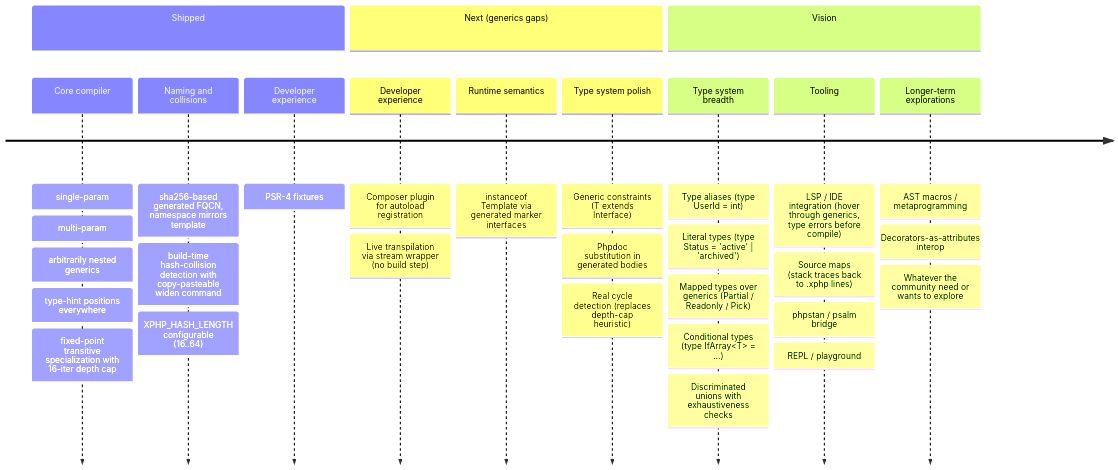
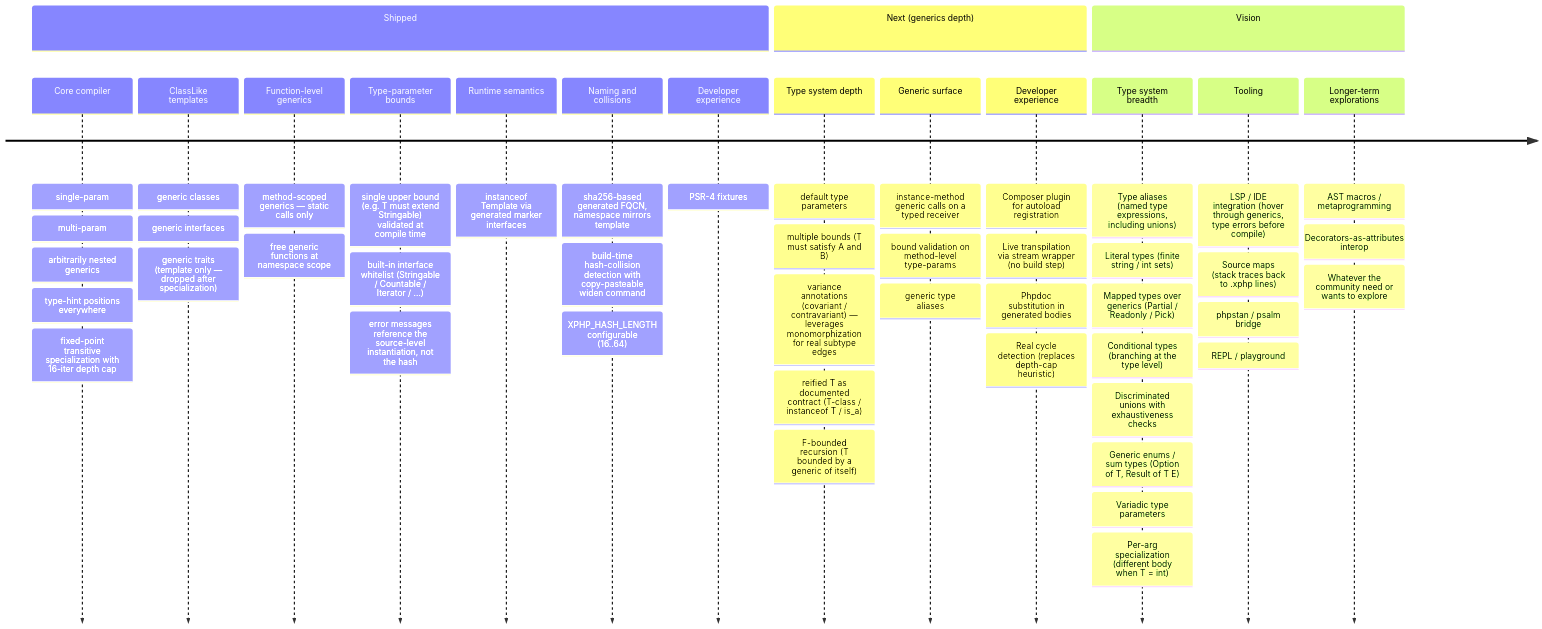
The diagram in docs/roadmap.md (xphp-lang/xphp), drawn with Mermaid before and after one commit. The commit also changed other lines of this file and 3 other files, not shown here.

First line of the commit message:
docs: add cross-language generics comparison and refresh roadmap

````diff
--- a/docs/roadmap.md
+++ b/docs/roadmap.md
@@ -3,42 +6,64 @@
 ```mermaid
 timeline
     section Shipped
         Core compiler
                 : single-param
                 : multi-param
                 : arbitrarily nested generics
                 : type-hint positions everywhere
                 : fixed-point transitive specialization with 16-iter depth cap
+        ClassLike templates
+                : generic classes
+                : generic interfaces
+                : generic traits (template only — dropped after specialization)
+        Function-level generics
+                : method-scoped generics — static calls only
+                : free generic functions at namespace scope
+        Type-parameter bounds
+                : single upper bound (e.g. T must extend Stringable) validated at compile time
+                : built-in interface whitelist (Stringable / Countable / Iterator / …)
+                : error messages reference the source-level instantiation, not the hash
+        Runtime semantics
+                : instanceof Template via generated marker interfaces
         Naming and collisions
                 : sha256-based generated FQCN, namespace mirrors template
                 : build-time hash-collision detection with copy-pasteable widen command
                 : XPHP_HASH_LENGTH configurable (16..64)
         Developer experience
                 : PSR-4 fixtures
-    section Next (generics gaps)
+    section Next (generics depth)
+        Type system depth
+                : default type parameters
+                : multiple bounds (T must satisfy A and B)
+                : variance annotations (covariant / contravariant) — leverages monomorphization for real subtype edges
+                : reified T as documented contract (T-class / instanceof T / is_a)
+                : F-bounded recursion (T bounded by a generic of itself)
+        Generic surface
+                : instance-method generic calls on a typed receiver
+                : bound validation on method-level type-params
+                : generic type aliases
         Developer experience
                 : Composer plugin for autoload registration
                 : Live transpilation via stream wrapper (no build step)
-        Runtime semantics
-                : instanceof Template via generated marker interfaces
-        Type system polish
-                : Generic constraints (T extends Interface)
                 : Phpdoc substitution in generated bodies
                 : Real cycle detection (replaces depth-cap heuristic)
     section Vision
         Type system breadth
-                : Type aliases (type UserId = int)
-                : Literal types (type Status = 'active' | 'archived')
+                : Type aliases (named type expressions, including unions)
+                : Literal types (finite string / int sets)
                 : Mapped types over generics (Partial / Readonly / Pick)
-                : Conditional types (type IfArray<T> = ...)
+                : Conditional types (branching at the type level)
                 : Discriminated unions with exhaustiveness checks
+                : Generic enums / sum types (Option of T, Result of T E)
+                : Variadic type parameters
+                : Per-arg specialization (different body when T = int)
         Tooling
                 : LSP / IDE integration (hover through generics, type errors before compile)
                 : Source maps (stack traces back to .xphp lines)
                 : phpstan / psalm bridge
                 : REPL / playground
         Longer-term explorations
                 : AST macros / metaprogramming
                 : Decorators-as-attributes interop
                 : Whatever the community need or wants to explore
 ```
````
